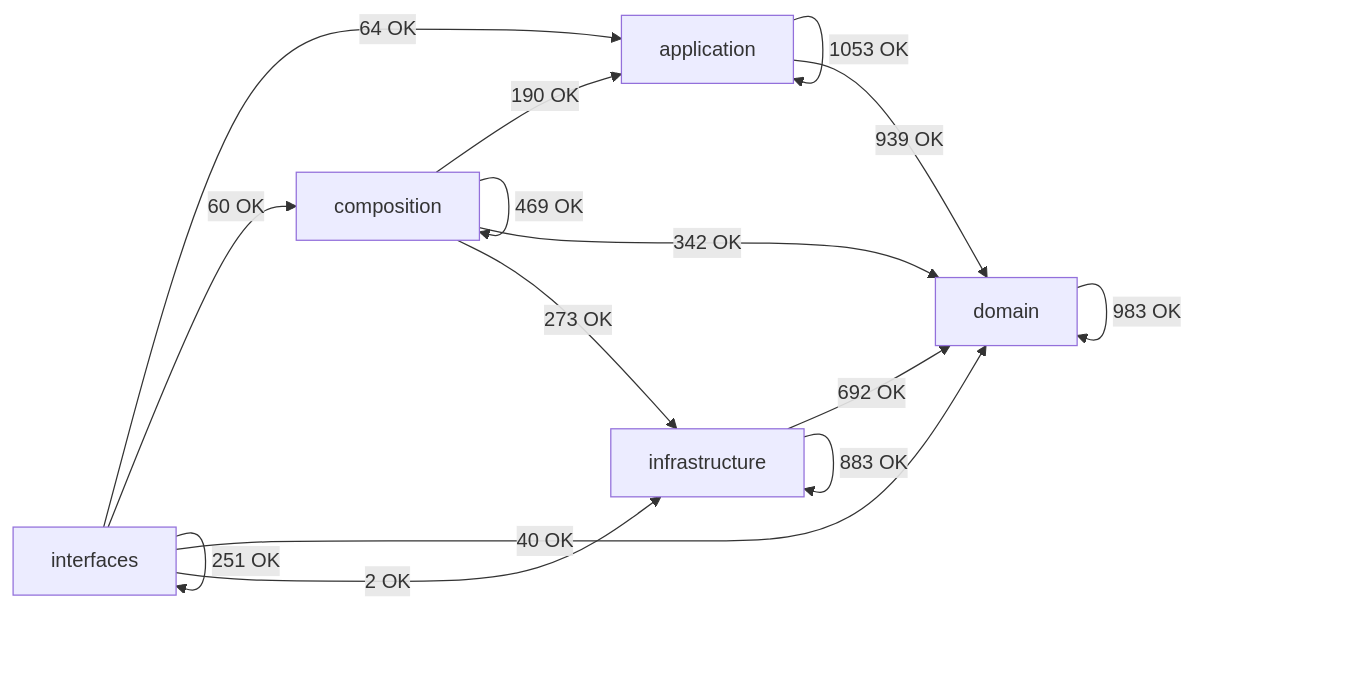
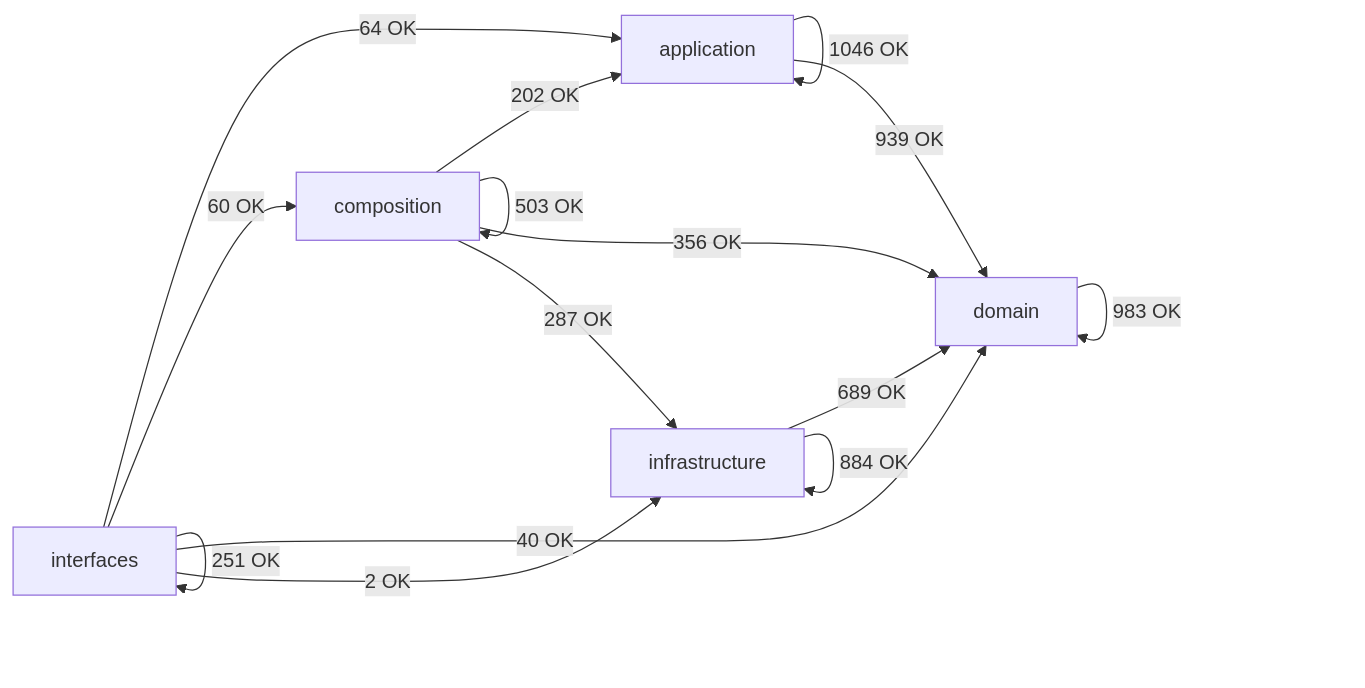
Before and after one commit to SatoryKono/BioactivityDataAcquisition: the diagram in docs/02-architecture/generated/module-dependency-map.md, drawn with Mermaid. The commit also changed other lines of this file and 61 other files, not shown here.

````diff
--- a/docs/02-architecture/generated/module-dependency-map.md
+++ b/docs/02-architecture/generated/module-dependency-map.md
@@ -17,22 +17,22 @@
 ```mermaid
 flowchart LR
     domain[domain]
     application[application]
     infrastructure[infrastructure]
     composition[composition]
     interfaces[interfaces]
-    application -->|1053 OK| application
+    application -->|1046 OK| application
     application -->|939 OK| domain
-    composition -->|190 OK| application
-    composition -->|469 OK| composition
-    composition -->|342 OK| domain
-    composition -->|273 OK| infrastructure
+    composition -->|202 OK| application
+    composition -->|503 OK| composition
+    composition -->|356 OK| domain
+    composition -->|287 OK| infrastructure
     domain -->|983 OK| domain
-    infrastructure -->|692 OK| domain
-    infrastructure -->|883 OK| infrastructure
+    infrastructure -->|689 OK| domain
+    infrastructure -->|884 OK| infrastructure
     interfaces -->|64 OK| application
     interfaces -->|60 OK| composition
     interfaces -->|40 OK| domain
     interfaces -->|2 OK| infrastructure
     interfaces -->|251 OK| interfaces
 ```
````
